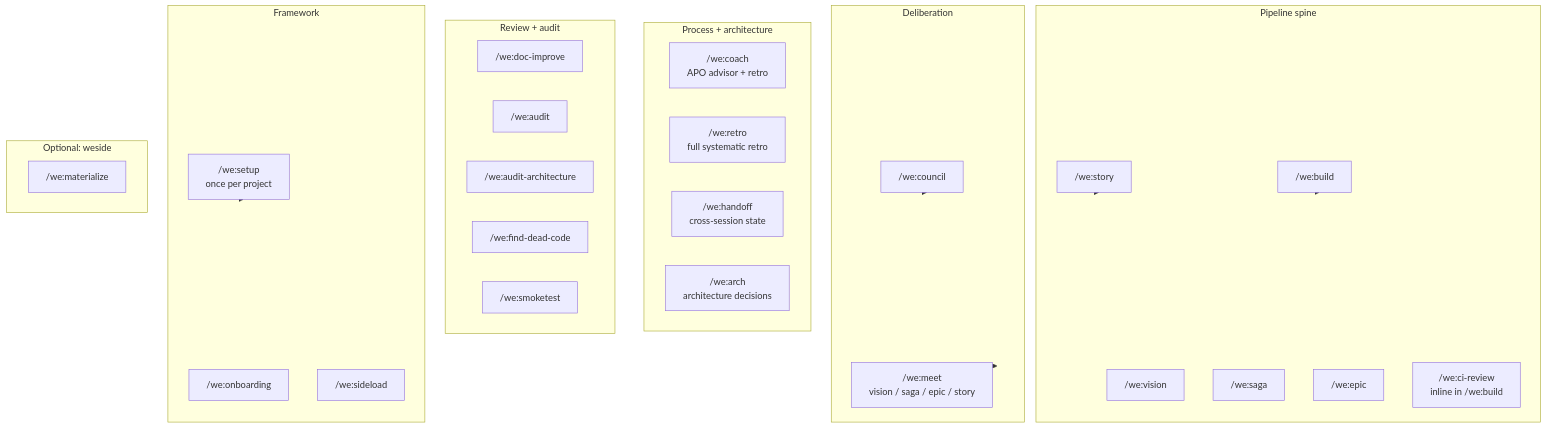
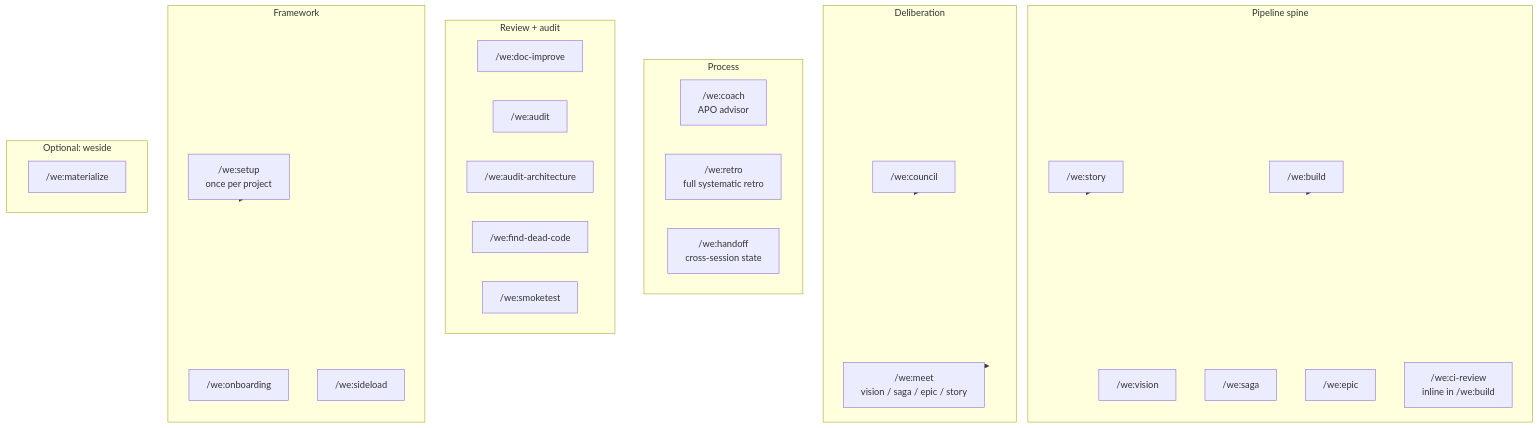
Before and after one commit to weside-ai/claude-code-plugin: the fourth of 4 diagrams in docs/workflow.md, drawn with Mermaid. The commit also changed other lines of this file and 36 other files, not shown here.

````diff
--- a/docs/workflow.md
+++ b/docs/workflow.md
@@ -196,42 +196,41 @@
 ```mermaid
 flowchart TB
     subgraph spine[Pipeline spine]
         vision["/we:vision"]
         saga["/we:saga"]
         epic["/we:epic"]
         story["/we:story"]
         build["/we:build"]
         cireview["/we:ci-review<br/>inline in /we:build"]
     end
     subgraph deliberation[Deliberation]
         council["/we:council"]
         meet["/we:meet<br/>vision / saga / epic / story"]
     end
-    subgraph process[Process + architecture]
-        coach["/we:coach<br/>APO advisor + retro"]
+    subgraph process[Process]
+        coach["/we:coach<br/>APO advisor"]
         retro["/we:retro<br/>full systematic retro"]
         handoff["/we:handoff<br/>cross-session state"]
-        arch["/we:arch<br/>architecture decisions"]
     end
     subgraph review[Review + audit]
         docimprove["/we:doc-improve"]
         audit["/we:audit"]
         auditarch["/we:audit-architecture"]
         find["/we:find-dead-code"]
         smoke["/we:smoketest"]
     end
     subgraph framework[Framework]
         setup["/we:setup<br/>once per project"]
         onboard["/we:onboarding"]
         sideload["/we:sideload"]
     end
     subgraph weside[Optional: weside]
         materialize["/we:materialize"]
     end
 
     setup --> framework
     council --> deliberation
     meet --> deliberation
     story --> spine
     build --> spine
 ```
````
